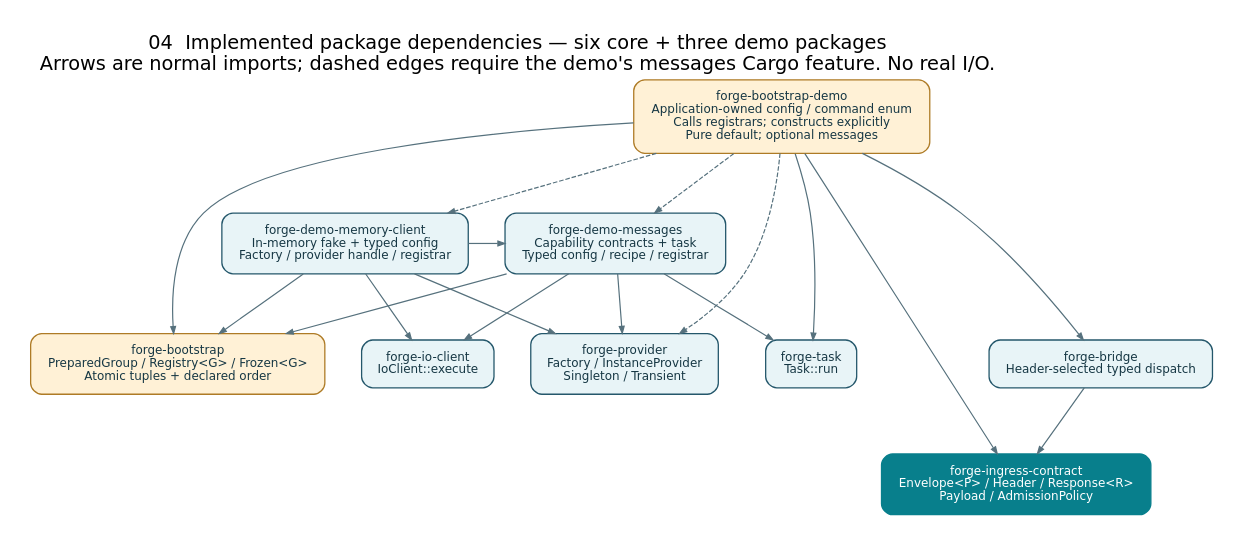
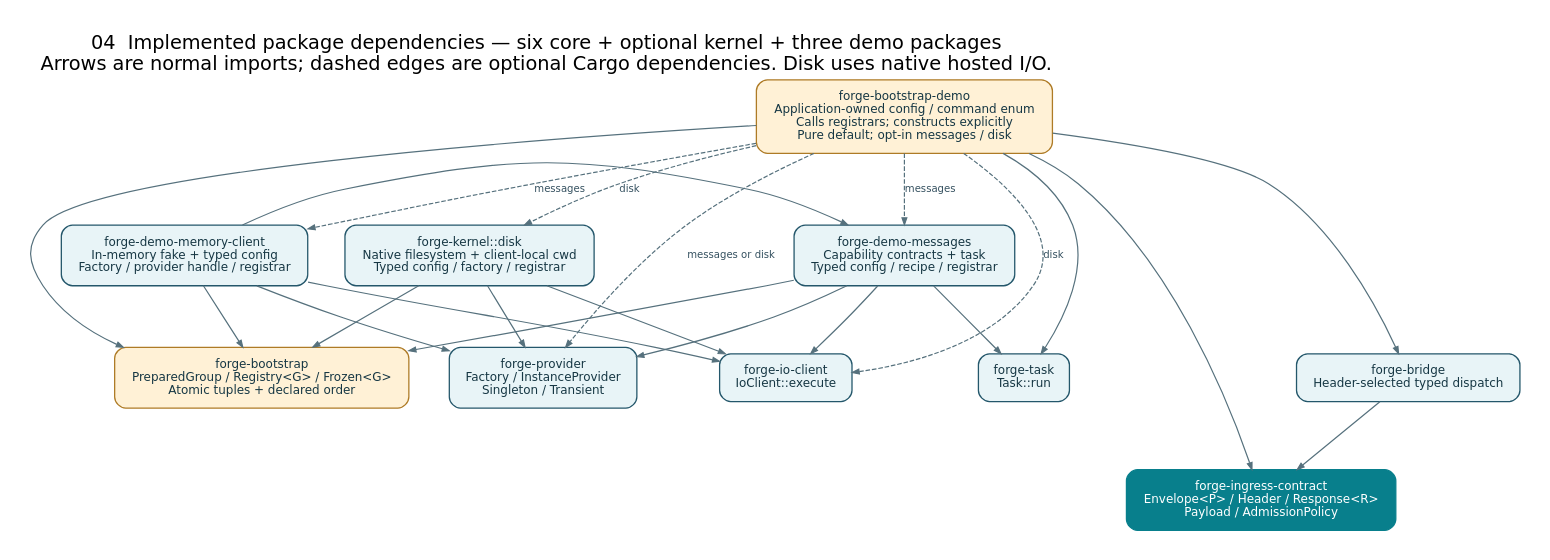
Before and after one commit to roachmaster/homelab: the diagram in docs/architecture/diagrams/04-package-dependencies.dot, drawn with Graphviz. The commit also changed 30 other files, not shown here.

Commit message:
Add optional native Rust disk access client and bootstrap integration

```diff
--- a/docs/architecture/diagrams/04-package-dependencies.dot
+++ b/docs/architecture/diagrams/04-package-dependencies.dot
@@ -1,22 +1,26 @@
 digraph Packages {
 graph [fontname="DejaVu Sans", fontsize=21, labelloc=t, labeljust=l, pad=0.35, nodesep=0.55, ranksep=0.9, bgcolor="white"];
 node [shape=box, style="rounded,filled", fontname="DejaVu Sans", fontsize=13, margin="0.22,0.16", color="#24576b", fillcolor="#e8f4f7", fontcolor="#163744", penwidth=1.4];
 edge [fontname="DejaVu Sans", fontsize=11, color="#56717d", fontcolor="#34505f", penwidth=1.3, arrowsize=0.75];
-rankdir=TB; label="04  Implemented package dependencies — six core + three demo packages\nArrows are normal imports; dashed edges require the demo's messages Cargo feature. No real I/O.";
-app [label="forge-bootstrap-demo\nApplication-owned config / command enum\nCalls registrars; constructs explicitly\nPure default; optional messages", fillcolor="#fff1d6", color="#ae7b26"];
+rankdir=TB; label="04  Implemented package dependencies — six core + optional kernel + three demo packages\nArrows are normal imports; dashed edges are optional Cargo dependencies. Disk uses native hosted I/O.";
+app [label="forge-bootstrap-demo\nApplication-owned config / command enum\nCalls registrars; constructs explicitly\nPure default; opt-in messages / disk", fillcolor="#fff1d6", color="#ae7b26"];
+kernel [label="forge-kernel::disk\nNative filesystem + client-local cwd\nTyped config / factory / registrar"];
 feature [label="forge-demo-messages\nCapability contracts + task\nTyped config / recipe / registrar"];
 impl [label="forge-demo-memory-client\nIn-memory fake + typed config\nFactory / provider handle / registrar"];
 bootstrap [label="forge-bootstrap\nPreparedGroup / Registry<G> / Frozen<G>\nAtomic tuples + declared order", fillcolor="#fff1d6", color="#ae7b26"];
 bridge [label="forge-bridge\nHeader-selected typed dispatch"];
 contract [label="forge-ingress-contract\nEnvelope<P> / Header / Response<R>\nPayload / AdmissionPolicy", fillcolor="#087f8c", color="#087f8c", fontcolor="white"];
 provider [label="forge-provider\nFactory / InstanceProvider\nSingleton / Transient"];
 task [label="forge-task\nTask::run"];
 io [label="forge-io-client\nIoClient::execute"];
 app -> {bootstrap bridge task contract};
-app -> {impl feature provider} [style=dashed];
+app -> {impl feature} [style=dashed, label="messages"];
+app -> {kernel io} [style=dashed, label="disk"];
+app -> provider [style=dashed, label="messages or disk"];
+kernel -> {bootstrap provider io};
 feature -> {bootstrap provider task io};
 impl -> {feature bootstrap provider io};
 bridge -> contract;
-{rank=same; impl; feature;}
+{rank=same; impl; feature; kernel;}
 {rank=same; bootstrap; provider; task; io; bridge;}
 }
```
